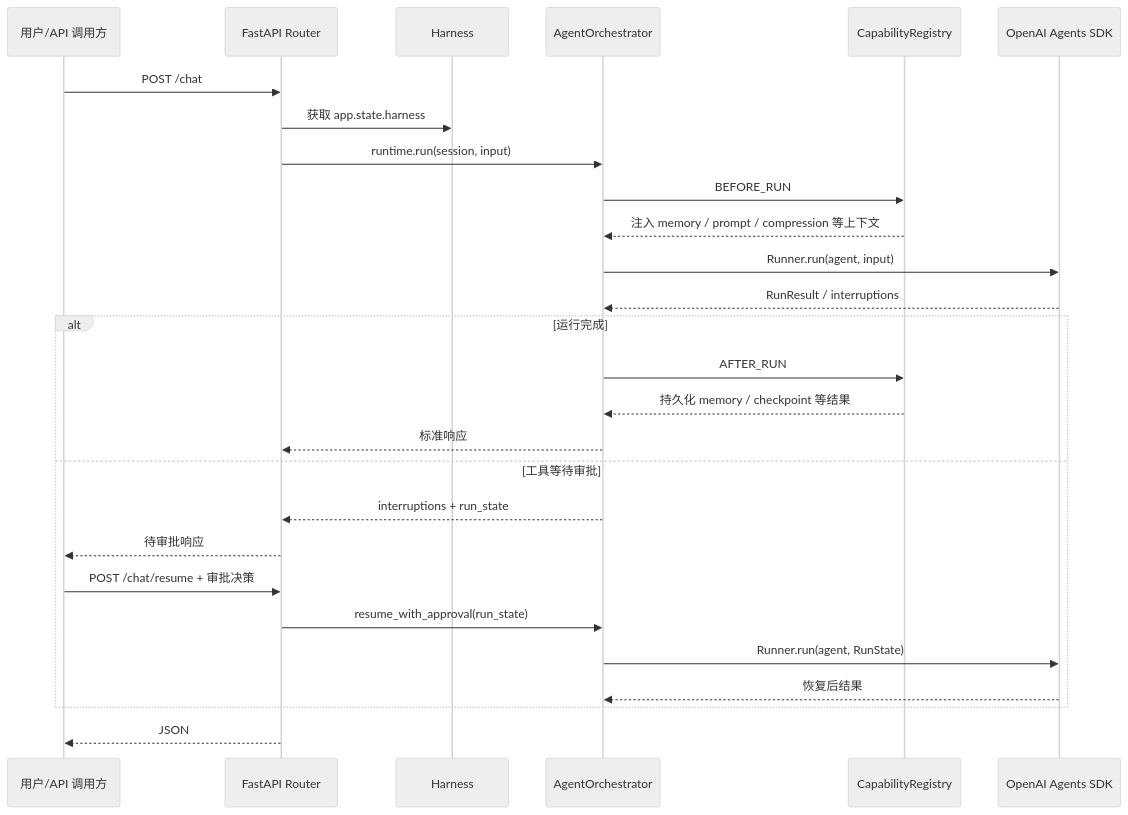
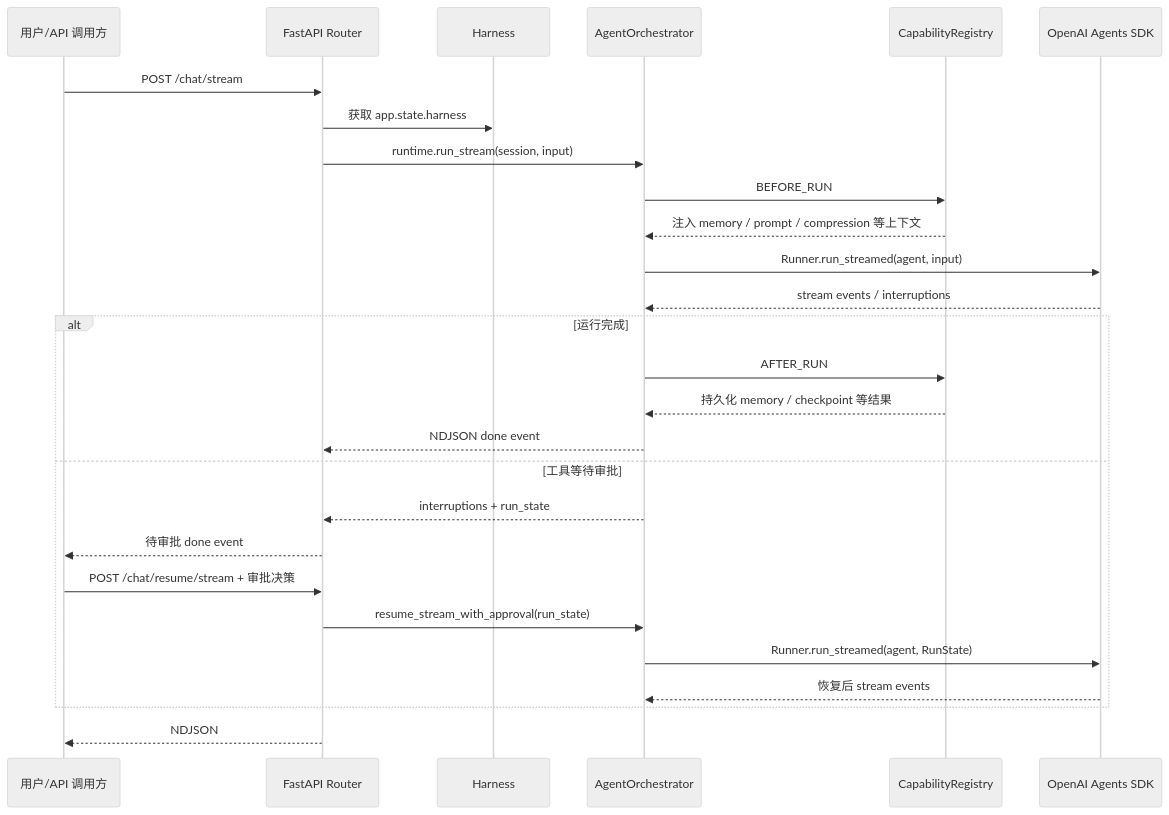
The second of 2 diagrams in README.md (rnb-tron/openai-agents-harness), drawn with Mermaid (neutral theme) before and after one commit. The commit also changed other lines of this file and 62 other files, not shown here.

Commit message:
feat: improve agent runtime impl + code style

````diff
--- a/README.md
+++ b/README.md
@@ -214,30 +214,30 @@
 ```mermaid
 sequenceDiagram
     participant U as 用户/API 调用方
     participant API as FastAPI Router
     participant H as Harness
     participant R as AgentOrchestrator
     participant C as CapabilityRegistry
     participant SDK as OpenAI Agents SDK
 
-    U->>API: POST /chat
+    U->>API: POST /chat/stream
     API->>H: 获取 app.state.harness
-    API->>R: runtime.run(session, input)
+    API->>R: runtime.run_stream(session, input)
     R->>C: BEFORE_RUN
     C-->>R: 注入 memory / prompt / compression 等上下文
-    R->>SDK: Runner.run(agent, input)
-    SDK-->>R: RunResult / interruptions
+    R->>SDK: Runner.run_streamed(agent, input)
+    SDK-->>R: stream events / interruptions
     alt 运行完成
         R->>C: AFTER_RUN
         C-->>R: 持久化 memory / checkpoint 等结果
-        R-->>API: 标准响应
+        R-->>API: NDJSON done event
     else 工具等待审批
         R-->>API: interruptions + run_state
-        API-->>U: 待审批响应
-        U->>API: POST /chat/resume + 审批决策
-        API->>R: resume_with_approval(run_state)
-        R->>SDK: Runner.run(agent, RunState)
-        SDK-->>R: 恢复后结果
+        API-->>U: 待审批 done event
+        U->>API: POST /chat/resume/stream + 审批决策
+        API->>R: resume_stream_with_approval(run_state)
+        R->>SDK: Runner.run_streamed(agent, RunState)
+        SDK-->>R: 恢复后 stream events
     end
-    API-->>U: JSON
+    API-->>U: NDJSON
 ```
````
